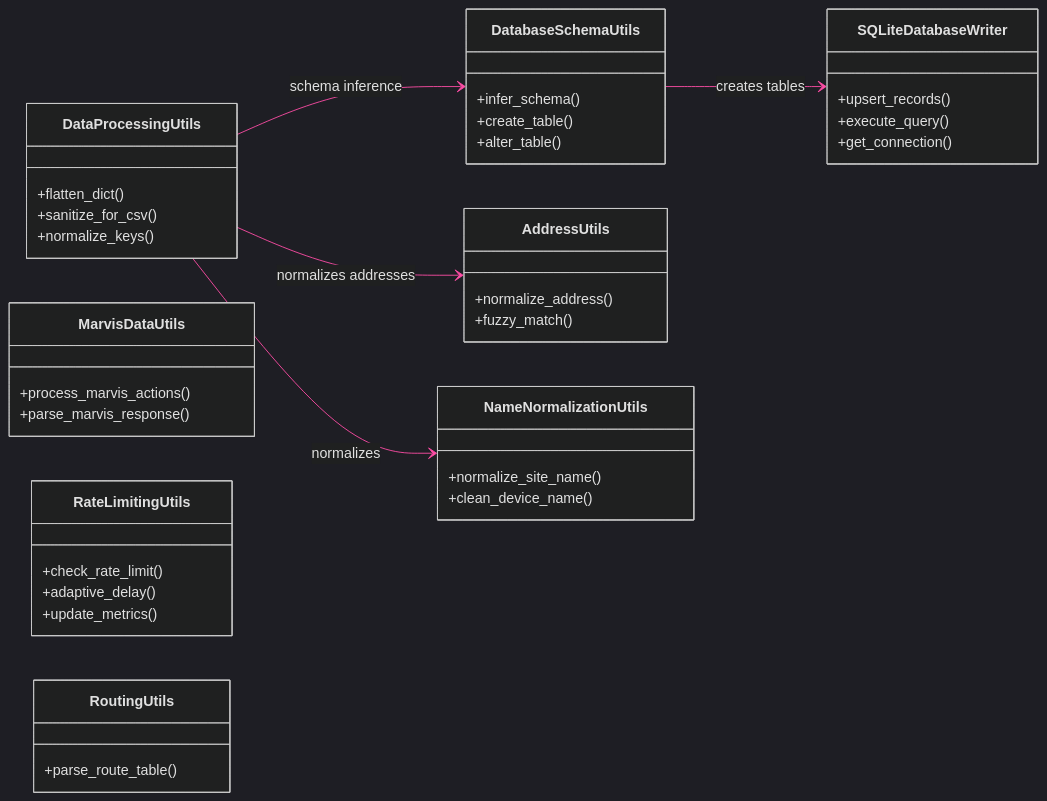
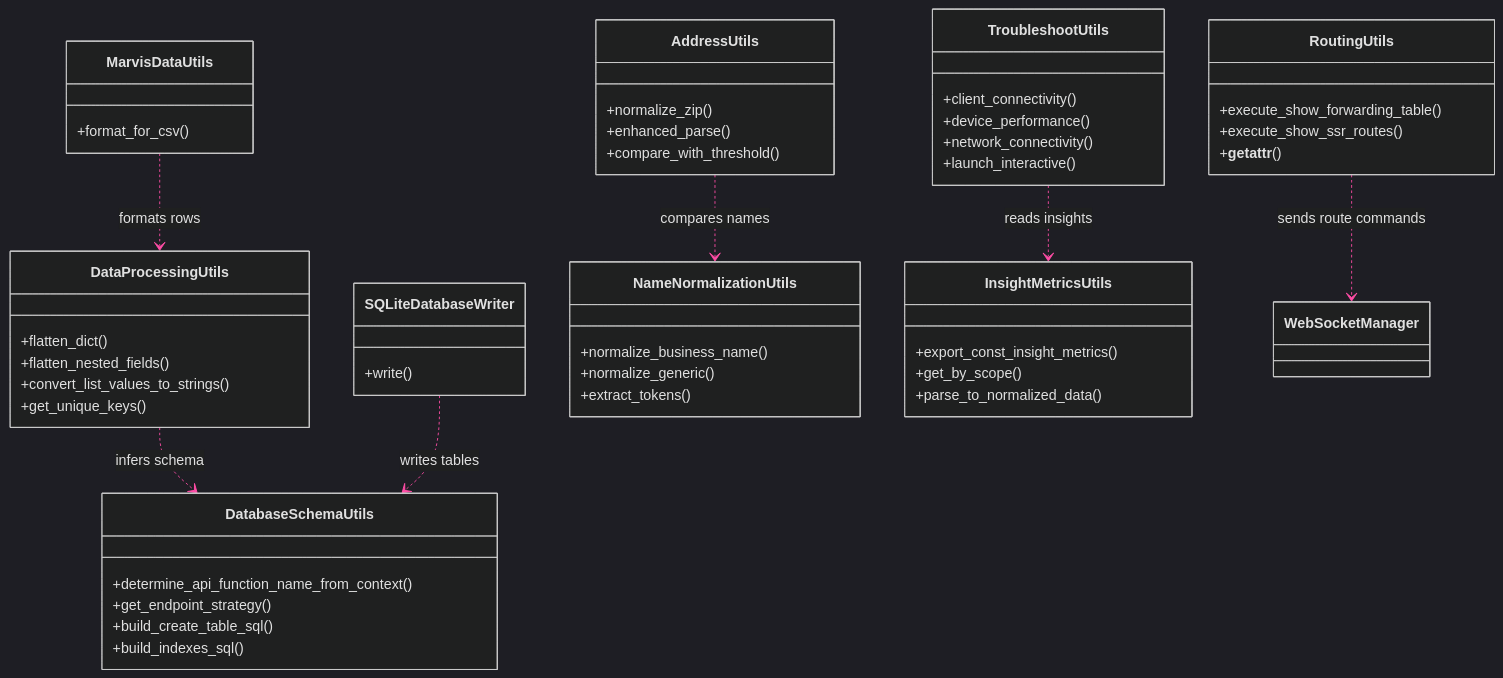
Before and after one commit to jmorrison-juniper/MistHelper: the third of 4 diagrams in documentation/diagrams/class-hierarchy/utilities.md, drawn with Mermaid. The commit also changed other lines of this file and 110 other files, not shown here.

First line of the commit message:
docs(docs): audit documentation and add menu API endpoint map (#3418)

````diff
--- a/documentation/diagrams/class-hierarchy/utilities.md
+++ b/documentation/diagrams/class-hierarchy/utilities.md
@@ -119,61 +127,65 @@
 ```mermaid
 %%{init: {'theme': 'dark', 'themeVariables': {
   'primaryColor': '#E20074',
   'primaryTextColor': '#E0E0E0',
   'primaryBorderColor': '#99004D',
   'lineColor': '#FF4DA6',
   'secondaryColor': '#16213E',
   'tertiaryColor': '#1A1A2E',
   'fontFamily': 'ui-monospace, monospace'
 }}}%%
 classDiagram
-    direction LR
+    direction TB
 
     class DataProcessingUtils {
         +flatten_dict()
-        +sanitize_for_csv()
-        +normalize_keys()
+        +flatten_nested_fields()
+        +convert_list_values_to_strings()
+        +get_unique_keys()
+    }
+    class MarvisDataUtils {
+        +format_for_csv()
+    }
+    class DatabaseSchemaUtils {
+        +determine_api_function_name_from_context()
+        +get_endpoint_strategy()
+        +build_create_table_sql()
+        +build_indexes_sql()
+    }
+    class SQLiteDatabaseWriter {
+        +write()
+    }
+    class RoutingUtils {
+        +execute_show_forwarding_table()
+        +execute_show_ssr_routes()
+        +__getattr__()
+    }
+    class AddressUtils {
+        +normalize_zip()
+        +enhanced_parse()
+        +compare_with_threshold()
+    }
+    class NameNormalizationUtils {
+        +normalize_business_name()
+        +normalize_generic()
+        +extract_tokens()
+    }
+    class InsightMetricsUtils {
+        +export_const_insight_metrics()
+        +get_by_scope()
+        +parse_to_normalized_data()
+    }
+    class TroubleshootUtils {
+        +client_connectivity()
+        +device_performance()
+        +network_connectivity()
+        +launch_interactive()
     }
 
-    class MarvisDataUtils {
-        +process_marvis_actions()
-        +parse_marvis_response()
-    }
-
-    class DatabaseSchemaUtils {
-        +infer_schema()
-        +create_table()
-        +alter_table()
-    }
-
-    class SQLiteDatabaseWriter {
-        +upsert_records()
-        +execute_query()
-        +get_connection()
-    }
-
-    class RateLimitingUtils {
-        +check_rate_limit()
-        +adaptive_delay()
-        +update_metrics()
-    }
-
-    class RoutingUtils {
-        +parse_route_table()
-    }
-
-    class AddressUtils {
-        +normalize_address()
-        +fuzzy_match()
-    }
-
-    class NameNormalizationUtils {
-        +normalize_site_name()
-        +clean_device_name()
-    }
-
-    DataProcessingUtils --> DatabaseSchemaUtils : schema inference
-    DatabaseSchemaUtils --> SQLiteDatabaseWriter : creates tables
-    DataProcessingUtils --> NameNormalizationUtils : normalizes
-    DataProcessingUtils --> AddressUtils : normalizes addresses
+    DataProcessingUtils ..> DatabaseSchemaUtils : infers schema
+    SQLiteDatabaseWriter ..> DatabaseSchemaUtils : writes tables
+    MarvisDataUtils ..> DataProcessingUtils : formats rows
+    AddressUtils ..> NameNormalizationUtils : compares names
+    TroubleshootUtils ..> InsightMetricsUtils : reads insights
+    RoutingUtils ..> WebSocketManager : sends route commands
 ```
````
